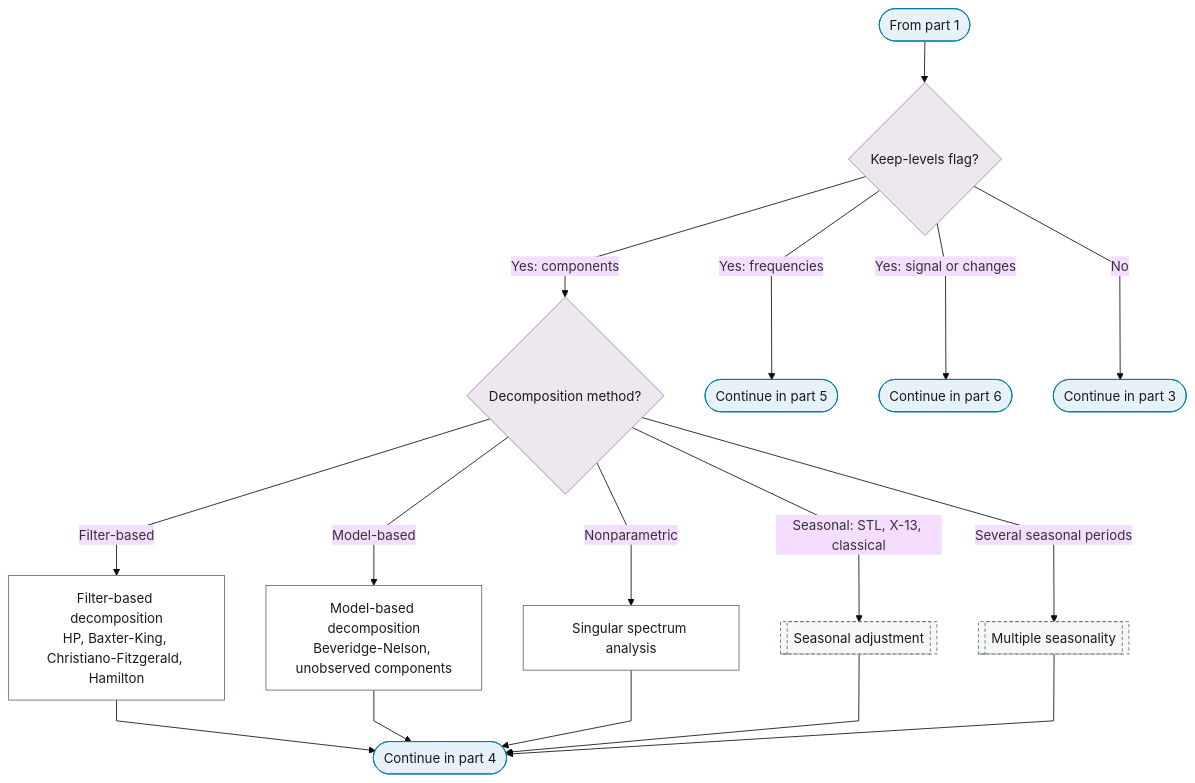
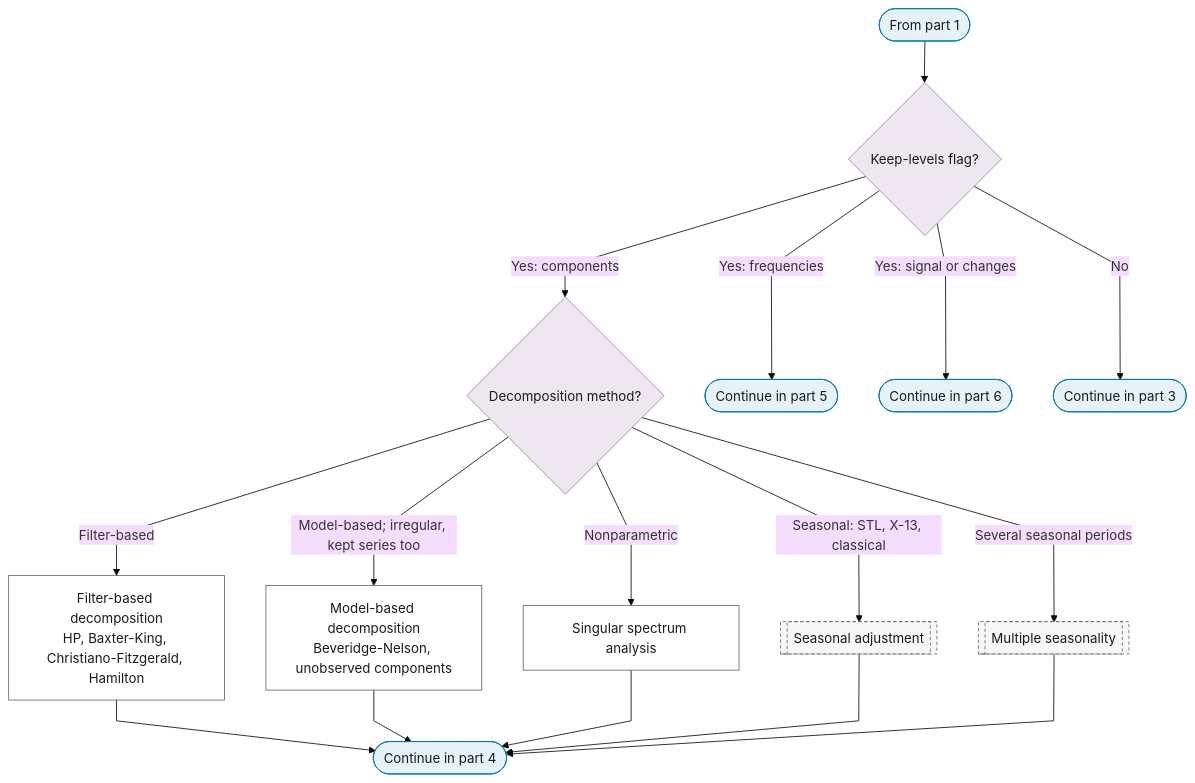
One commit to Shuxin-Y/time-series-analysis-manual changed the second of 6 diagrams in docs/01-workflow/p04-transformations.md. Above: the diagram before and after it, drawn with Mermaid (base theme). The commit also changed other lines of this file and 12 other files, not shown here.

````diff
--- a/docs/01-workflow/p04-transformations.md
+++ b/docs/01-workflow/p04-transformations.md
@@ -49,29 +49,29 @@
 ```mermaid
 %%{init: {"flowchart": {"curve": "linear"}}}%%
 graph TD
     P4_PART_2_IN(["From part 1"]) --> P4_KEEP_LEVELS{"Keep-levels flag?"}
     P4_KEEP_LEVELS -->|"Yes: components"| P4_DECOMP{"Decomposition method?"}
     P4_KEEP_LEVELS -->|"Yes: frequencies"| P4_TO_PART_5(["Continue in part 5"])
     P4_KEEP_LEVELS -->|"Yes: signal or changes"| P4_TO_PART_6(["Continue in part 6"])
     P4_KEEP_LEVELS -->|"No"| P4_TO_PART_3(["Continue in part 3"])
     P4_DECOMP -->|"Filter-based"| P4_FILTER_DECOMPOSITION["Filter-based decomposition<br/>HP, Baxter-King, Christiano-Fitzgerald, Hamilton"]
-    P4_DECOMP -->|"Model-based"| P4_MODEL_DECOMPOSITION["Model-based decomposition<br/>Beveridge-Nelson, unobserved components"]
+    P4_DECOMP -->|"Model-based; irregular, kept series too"| P4_MODEL_DECOMPOSITION["Model-based decomposition<br/>Beveridge-Nelson, unobserved components"]
     P4_DECOMP -->|"Nonparametric"| P4_SSA["Singular spectrum analysis"]
     P4_DECOMP -->|"Seasonal: STL, X-13, classical"| P4_SEASONAL_ADJUSTMENT[["Seasonal adjustment"]]
     P4_DECOMP -->|"Several seasonal periods"| P4_MULTIPLE_SEASONALITY[["Multiple seasonality"]]
     P4_FILTER_DECOMPOSITION & P4_MODEL_DECOMPOSITION & P4_SSA --> P4_COMPONENTS_TO_PART_4
     P4_SEASONAL_ADJUSTMENT & P4_MULTIPLE_SEASONALITY --> P4_COMPONENTS_TO_PART_4
     P4_COMPONENTS_TO_PART_4(["Continue in part 4"])
     class P4_PART_2_IN,P4_TO_PART_5,P4_TO_PART_6,P4_COMPONENTS_TO_PART_4,P4_TO_PART_3 terminator
     class P4_DECOMP,P4_KEEP_LEVELS decision
     class P4_FILTER_DECOMPOSITION,P4_MODEL_DECOMPOSITION,P4_SSA process
     class P4_SEASONAL_ADJUSTMENT,P4_MULTIPLE_SEASONALITY ref
     classDef terminator fill:#E6F2F7,stroke:#007BA7,color:#1A1A1A;
     classDef process fill:#FFFFFF,stroke:#5A6B73,color:#1A1A1A;
     classDef decision fill:#EFE7F0,stroke:#9B7FA7,color:#1A1A1A;
     classDef data fill:#FFF4E0,stroke:#C9A55E,color:#1A1A1A;
     classDef good fill:#DCEFD8,stroke:#4A7A3F,color:#1A1A1A;
     classDef escalate fill:#FFE9C2,stroke:#C9A55E,color:#1A1A1A;
     classDef problem fill:#F2D9DE,stroke:#800020,color:#1A1A1A;
     classDef ref fill:#F7F7F7,stroke:#5A6B73,color:#1A1A1A,stroke-dasharray:4 3;
 ```
````
